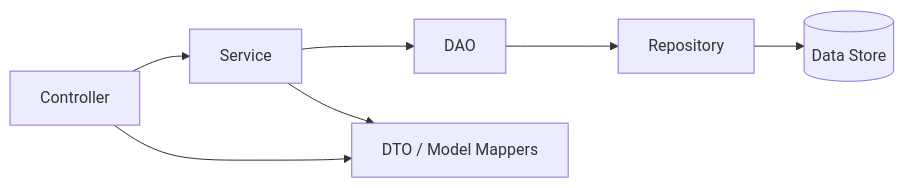
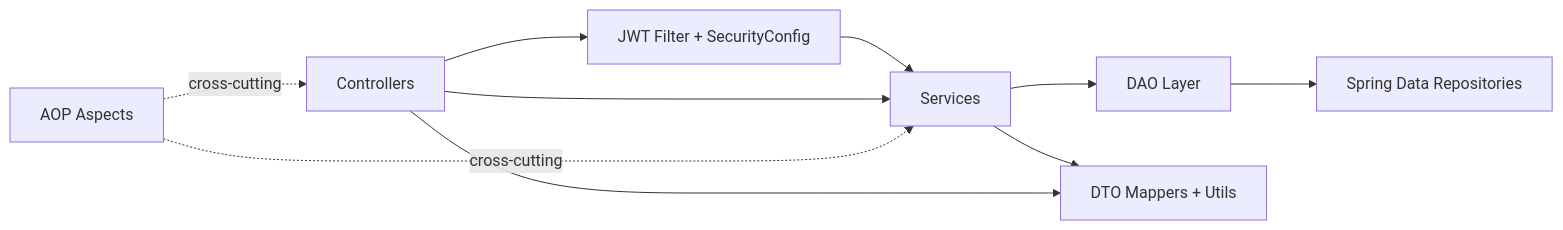
The second of 8 diagrams in architecture.md (anubhavbagri/kirana-register), drawn with Mermaid before and after one commit. The commit also changed other lines of this file and 1 other file, not shown here.

````diff
--- a/architecture.md
+++ b/architecture.md
@@ -72,13 +92,19 @@
 ```mermaid
 flowchart LR
-    C[Controller]
-    S[Service]
-    D[DAO]
-    R[Repository]
-    DB[(Data Store)]
-    DTO[DTO / Model Mappers]
+    Controller[Controllers]
+    Security[JWT Filter + SecurityConfig]
+    Service[Services]
+    DAO[DAO Layer]
+    Repo[Spring Data Repositories]
+    AOP[AOP Aspects]
+    Utility[DTO Mappers + Utils]
 
-    C --> S --> D --> R --> DB
-    C --> DTO
-    S --> DTO
+    Controller --> Security
+    Security --> Service
+    Controller --> Service
+    Service --> DAO --> Repo
+    AOP -. cross-cutting .-> Controller
+    AOP -. cross-cutting .-> Service
+    Service --> Utility
+    Controller --> Utility
 ```
````
